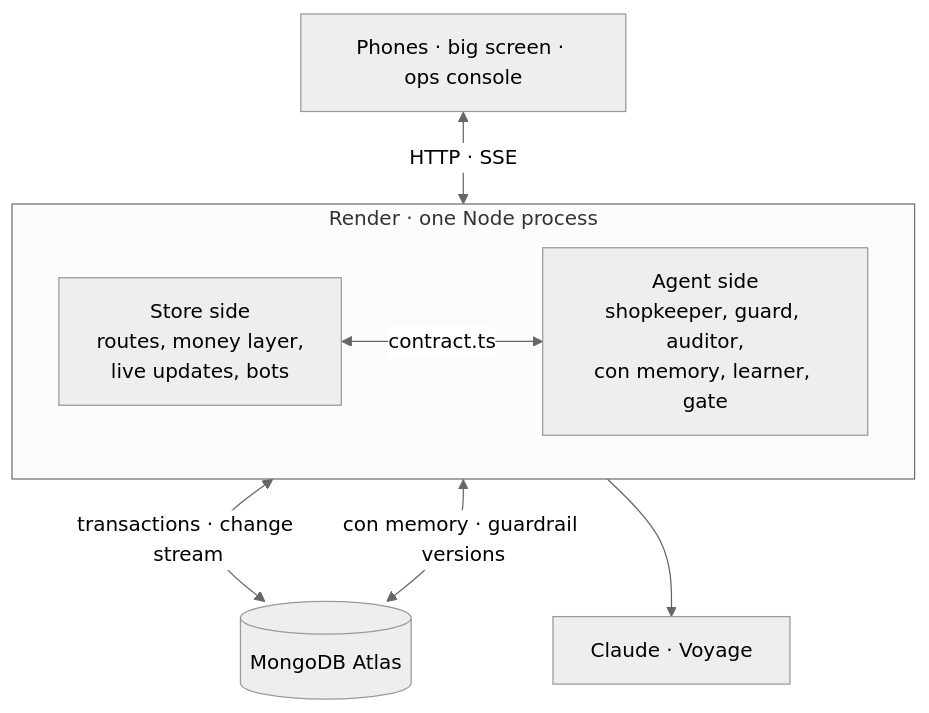
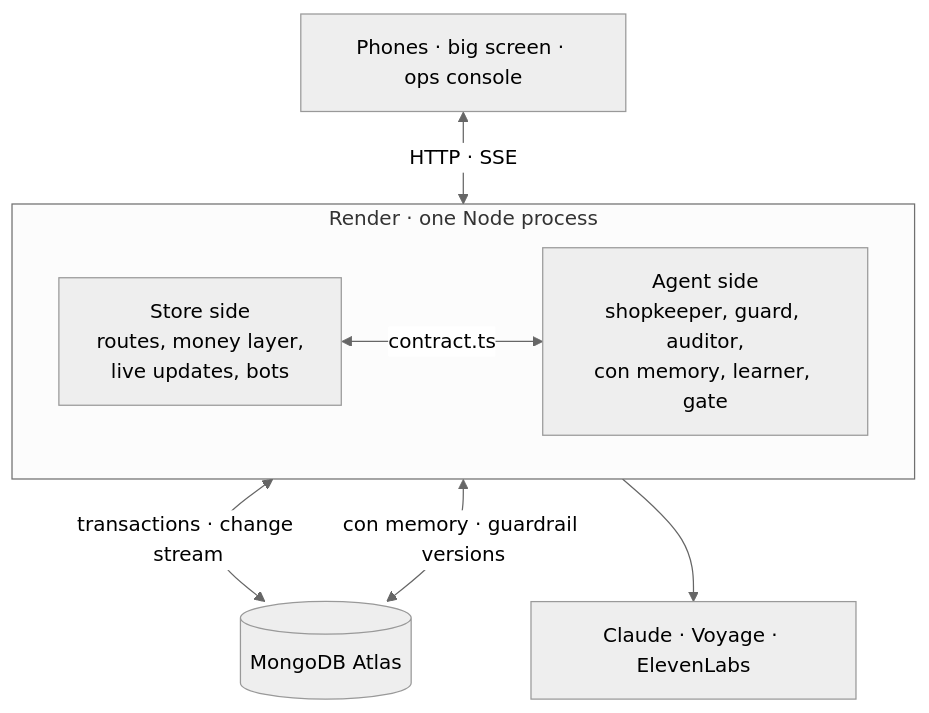
Before and after one commit to mahyar-jbr/Bodega: the second of 2 diagrams in README.md, drawn with Mermaid (neutral theme). The commit also changed other lines of this file, not shown here.

Commit message:
docs: README: the voice line, the Flow scene and /stage, three passing live stage runs, the new-tricks probe

````diff
--- a/README.md
+++ b/README.md
@@ -151,16 +163,16 @@
 ```mermaid
 flowchart TB
   phones["Phones · big screen · ops console"]
   subgraph app["Render · one Node process"]
     direction LR
     store["Store side<br/>routes, money layer,<br/>live updates, bots"]
     agent["Agent side<br/>shopkeeper, guard, auditor,<br/>con memory, learner, gate"]
     store <-->|"contract.ts"| agent
   end
   atlas[("MongoDB Atlas")]
-  models["Claude · Voyage"]
+  models["Claude · Voyage · ElevenLabs"]
   phones <-->|"HTTP · SSE"| store
   store <-->|"transactions · change stream"| atlas
   agent <-->|"con memory · guardrail versions"| atlas
   agent --> models
 ```
````
